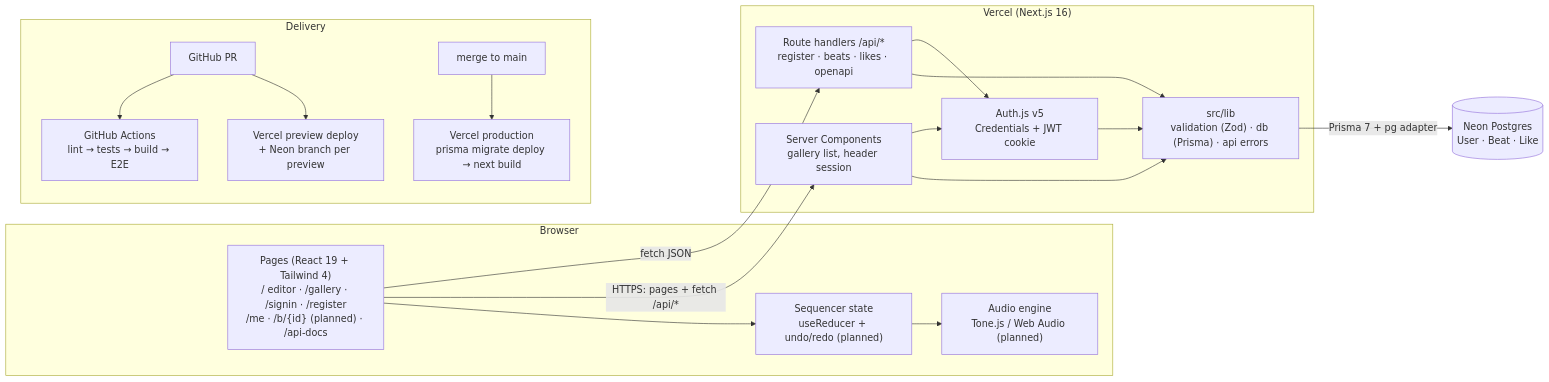
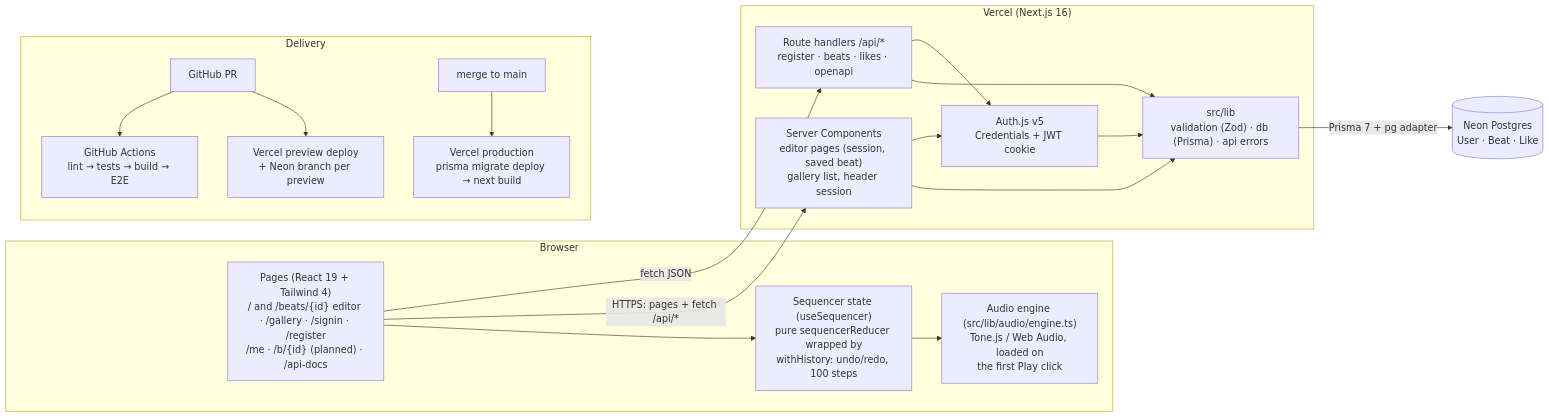
Before and after one commit to kishankumar5/looplab: the first of 2 diagrams in docs/architecture.md, drawn with Mermaid. The commit also changed other lines of this file and 1 other file, not shown here.

First line of the commit message:
docs(beats): describe editor state, audio, and saving in the architecture doc (#8)

````diff
--- a/docs/architecture.md
+++ b/docs/architecture.md
@@ -9,33 +9,33 @@
 ```mermaid
 flowchart LR
   subgraph Browser
-    UI["Pages (React 19 + Tailwind 4)<br/>/ editor · /gallery · /signin · /register<br/>/me · /b/{id} (planned) · /api-docs"]
-    Editor["Sequencer state<br/>useReducer + undo/redo (planned)"]
-    Audio["Audio engine<br/>Tone.js / Web Audio (planned)"]
+    UI["Pages (React 19 + Tailwind 4)<br/>/ and /beats/{id} editor · /gallery · /signin · /register<br/>/me · /b/{id} (planned) · /api-docs"]
+    Editor["Sequencer state (useSequencer)<br/>pure sequencerReducer wrapped by<br/>withHistory: undo/redo, 100 steps"]
+    Audio["Audio engine (src/lib/audio/engine.ts)<br/>Tone.js / Web Audio, loaded on<br/>the first Play click"]
     UI --> Editor --> Audio
   end
 
   subgraph Vercel["Vercel (Next.js 16)"]
-    RSC["Server Components<br/>gallery list, header session"]
+    RSC["Server Components<br/>editor pages (session, saved beat)<br/>gallery list, header session"]
     API["Route handlers /api/*<br/>register · beats · likes · openapi"]
     AuthJS["Auth.js v5<br/>Credentials + JWT cookie"]
     Lib["src/lib<br/>validation (Zod) · db (Prisma) · api errors"]
     RSC --> Lib
     API --> Lib
     API --> AuthJS
     RSC --> AuthJS
     AuthJS --> Lib
   end
 
   DB[("Neon Postgres<br/>User · Beat · Like")]
 
   UI -- "HTTPS: pages + fetch /api/*" --> RSC
   UI -- "fetch JSON" --> API
   Lib -- "Prisma 7 + pg adapter" --> DB
 
   subgraph Delivery["Delivery"]
     GH["GitHub PR"] --> CI["GitHub Actions<br/>lint → tests → build → E2E"]
     GH --> Preview["Vercel preview deploy<br/>+ Neon branch per preview"]
     Main["merge to main"] --> Prod["Vercel production<br/>prisma migrate deploy → next build"]
   end
 ```
````
